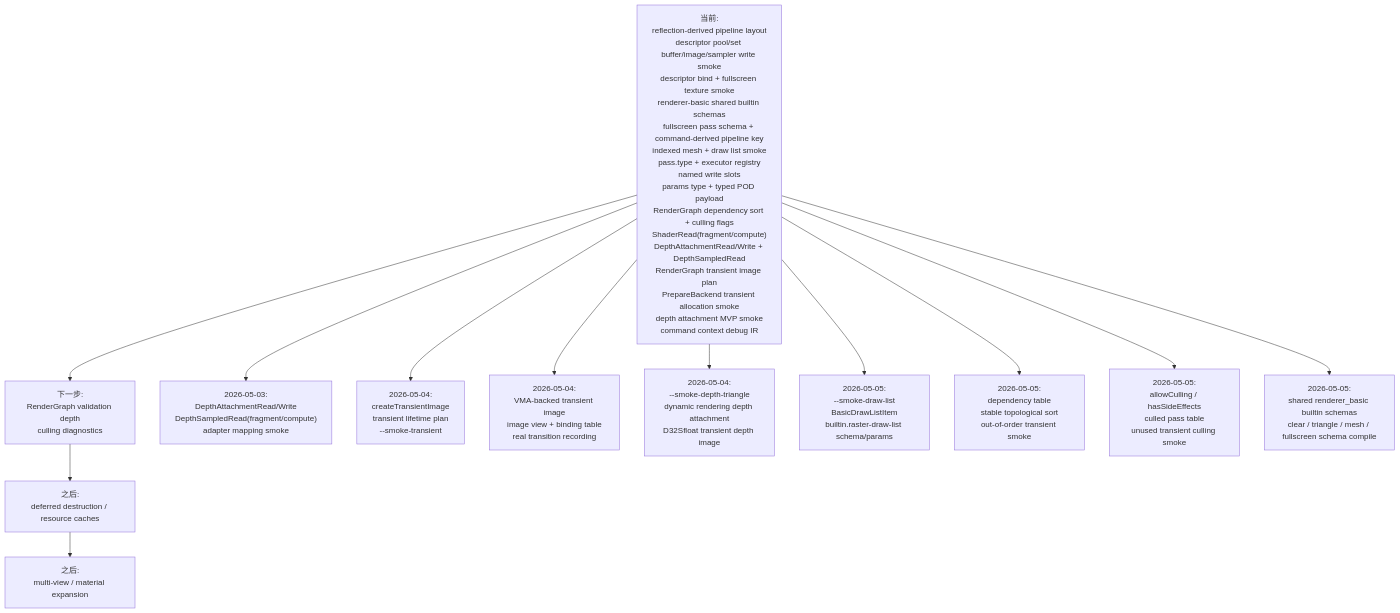
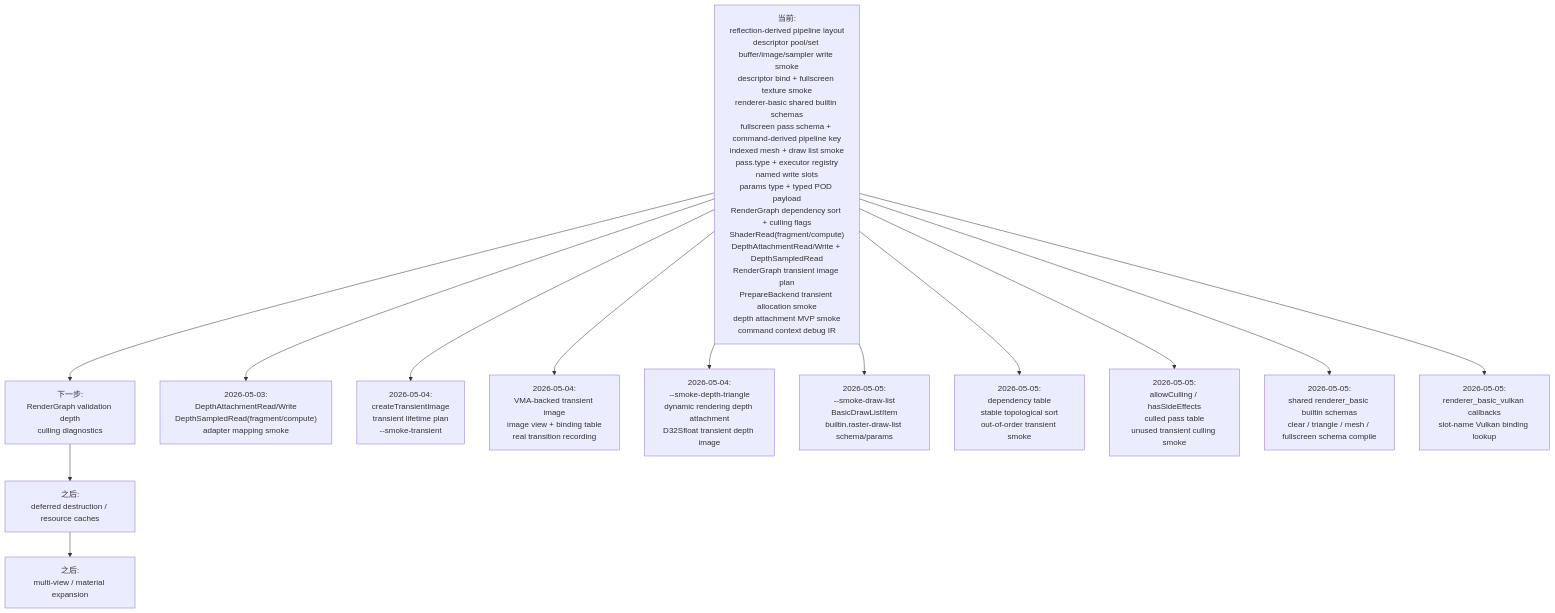
One commit to 66six11/Engine changed diagram 14 of 14 in docs/flow-architecture.md. Above: the diagram before and after it, drawn with Mermaid. The commit also changed other lines of this file and 5 other files, not shown here.

Commit message:
feat(renderer-basic): bind graph images by slot name

````diff
--- a/docs/flow-architecture.md
+++ b/docs/flow-architecture.md
@@ -575,26 +578,28 @@
 ```mermaid
 flowchart TD
     Now["当前:<br/>reflection-derived pipeline layout<br/>descriptor pool/set buffer/image/sampler write smoke<br/>descriptor bind + fullscreen texture smoke<br/>renderer-basic shared builtin schemas<br/>fullscreen pass schema + command-derived pipeline key<br/>indexed mesh + draw list smoke<br/>pass.type + executor registry<br/>named write slots<br/>params type + typed POD payload<br/>RenderGraph dependency sort + culling flags<br/>ShaderRead(fragment/compute)<br/>DepthAttachmentRead/Write + DepthSampledRead<br/>RenderGraph transient image plan<br/>PrepareBackend transient allocation smoke<br/>depth attachment MVP smoke<br/>command context debug IR"]
     Step1["下一步:<br/>RenderGraph validation depth<br/>culling diagnostics"]
     Step2["之后:<br/>deferred destruction / resource caches"]
     Step3["之后:<br/>multi-view / material expansion"]
 
     Now --> Step1 --> Step2 --> Step3
 
     DepthStateUpdate["2026-05-03:<br/>DepthAttachmentRead/Write<br/>DepthSampledRead(fragment/compute)<br/>adapter mapping smoke"]
     Now --> DepthStateUpdate
     TransientUpdate["2026-05-04:<br/>createTransientImage<br/>transient lifetime plan<br/>--smoke-transient"]
     Now --> TransientUpdate
     TransientVkUpdate["2026-05-04:<br/>VMA-backed transient image<br/>image view + binding table<br/>real transition recording"]
     Now --> TransientVkUpdate
     DepthTriangleUpdate["2026-05-04:<br/>--smoke-depth-triangle<br/>dynamic rendering depth attachment<br/>D32Sfloat transient depth image"]
     Now --> DepthTriangleUpdate
     DrawListUpdate["2026-05-05:<br/>--smoke-draw-list<br/>BasicDrawListItem<br/>builtin.raster-draw-list schema/params"]
     Now --> DrawListUpdate
     DependencySortUpdate["2026-05-05:<br/>dependency table<br/>stable topological sort<br/>out-of-order transient smoke"]
     Now --> DependencySortUpdate
     CullingUpdate["2026-05-05:<br/>allowCulling / hasSideEffects<br/>culled pass table<br/>unused transient culling smoke"]
     Now --> CullingUpdate
     BuiltinSchemaUpdate["2026-05-05:<br/>shared renderer_basic builtin schemas<br/>clear / triangle / mesh / fullscreen schema compile"]
     Now --> BuiltinSchemaUpdate
+    SlotBindingUpdate["2026-05-05:<br/>renderer_basic_vulkan callbacks<br/>slot-name Vulkan binding lookup"]
+    Now --> SlotBindingUpdate
 ```
````
